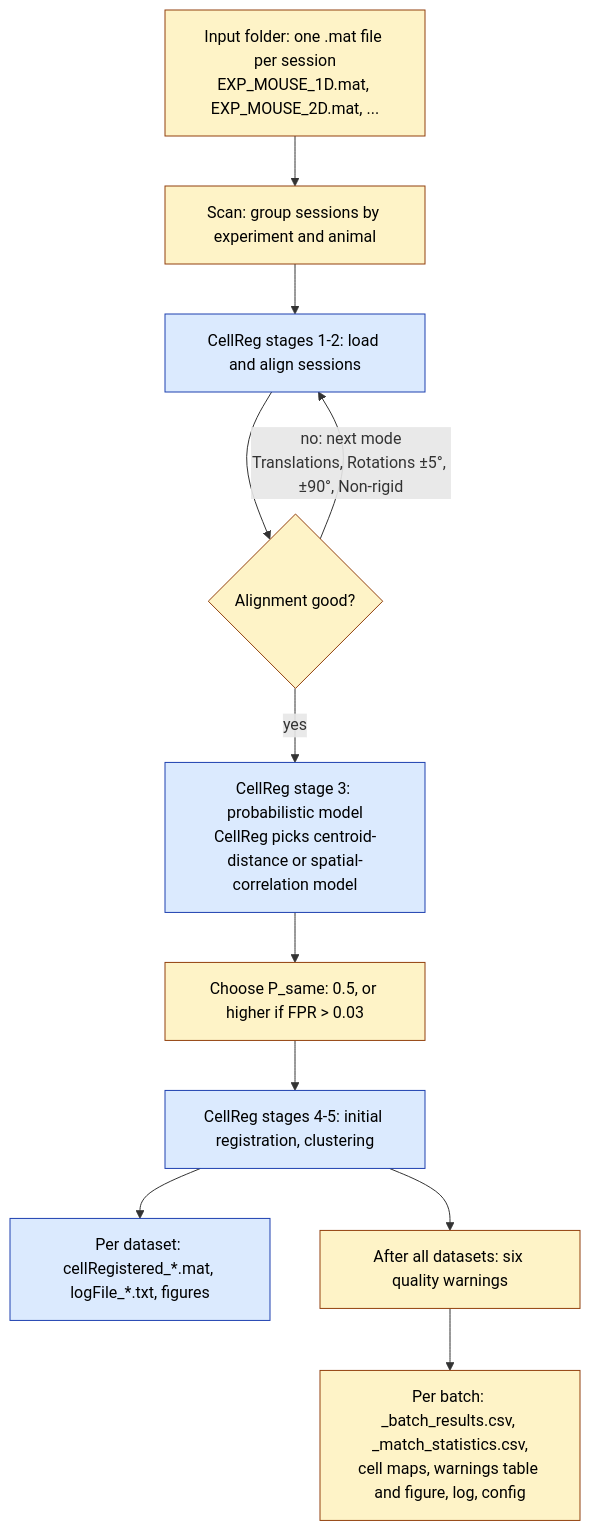
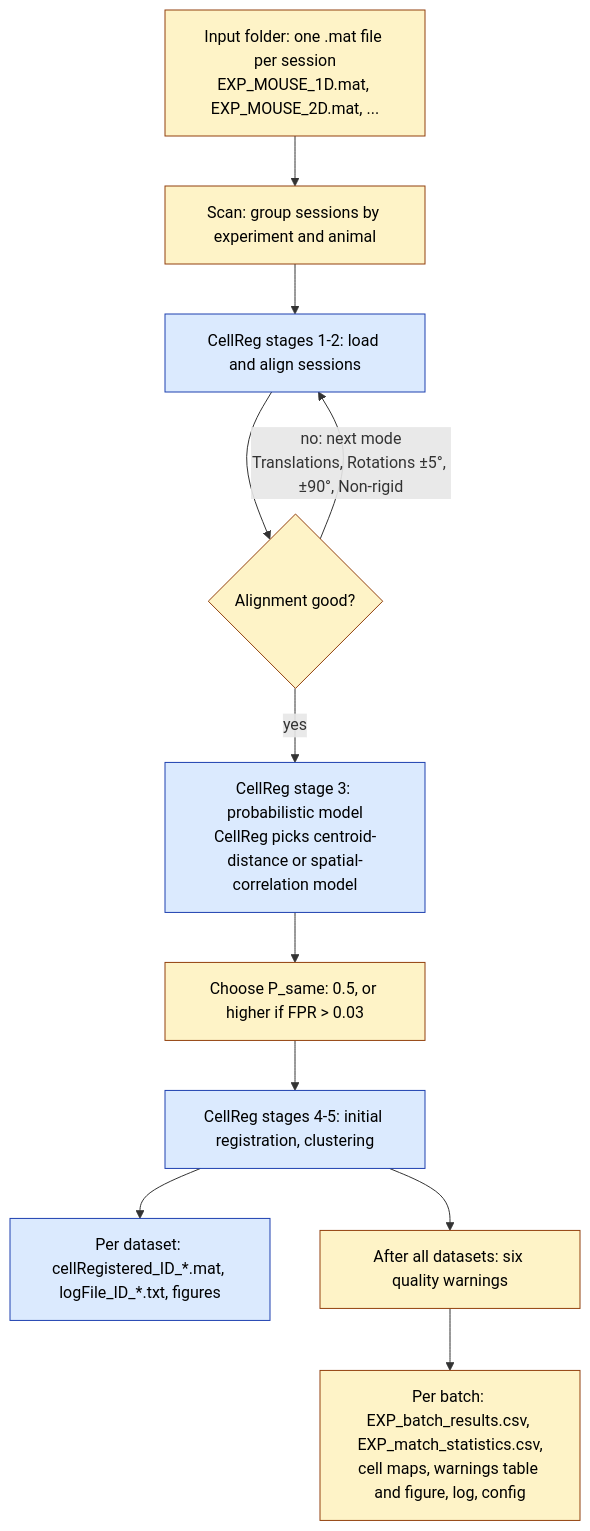
The diagram in README.md (iabs-neuro/CellRegBatch), drawn with Mermaid before and after one commit. The commit also changed other lines of this file and 8 other files, not shown here.

````diff
--- a/README.md
+++ b/README.md
@@ -57,21 +57,21 @@
 ```mermaid
 flowchart TD
     IN["Input folder: one .mat file per session<br/>EXP_MOUSE_1D.mat, EXP_MOUSE_2D.mat, ..."]
     SCAN["Scan: group sessions by experiment and animal"]
     S12["CellReg stages 1-2: load and align sessions"]
     CHK{"Alignment good?"}
     S3["CellReg stage 3: probabilistic model<br/>CellReg picks centroid-distance or spatial-correlation model"]
     PS["Choose P_same: 0.5, or higher if FPR > 0.03"]
     S45["CellReg stages 4-5: initial registration, clustering"]
-    OUT1["Per dataset: cellRegistered_*.mat, logFile_*.txt, figures"]
+    OUT1["Per dataset: cellRegistered_ID_*.mat, logFile_ID_*.txt, figures"]
     AN["After all datasets: six quality warnings"]
-    OUT2["Per batch: _batch_results.csv, _match_statistics.csv,<br/>cell maps, warnings table and figure, log, config"]
+    OUT2["Per batch: EXP_batch_results.csv, EXP_match_statistics.csv,<br/>cell maps, warnings table and figure, log, config"]
     IN --> SCAN --> S12 --> CHK
     CHK -->|"no: next mode<br/>Translations, Rotations ±5°, ±90°, Non-rigid"| S12
     CHK -->|yes| S3 --> PS --> S45 --> OUT1
     S45 --> AN --> OUT2
     classDef cellreg fill:#dbeafe,stroke:#1e40af,color:#000
     classDef batch fill:#fef3c7,stroke:#92400e,color:#000
     class S12,S3,S45,OUT1 cellreg
     class IN,SCAN,CHK,PS,AN,OUT2 batch
 ```
````
